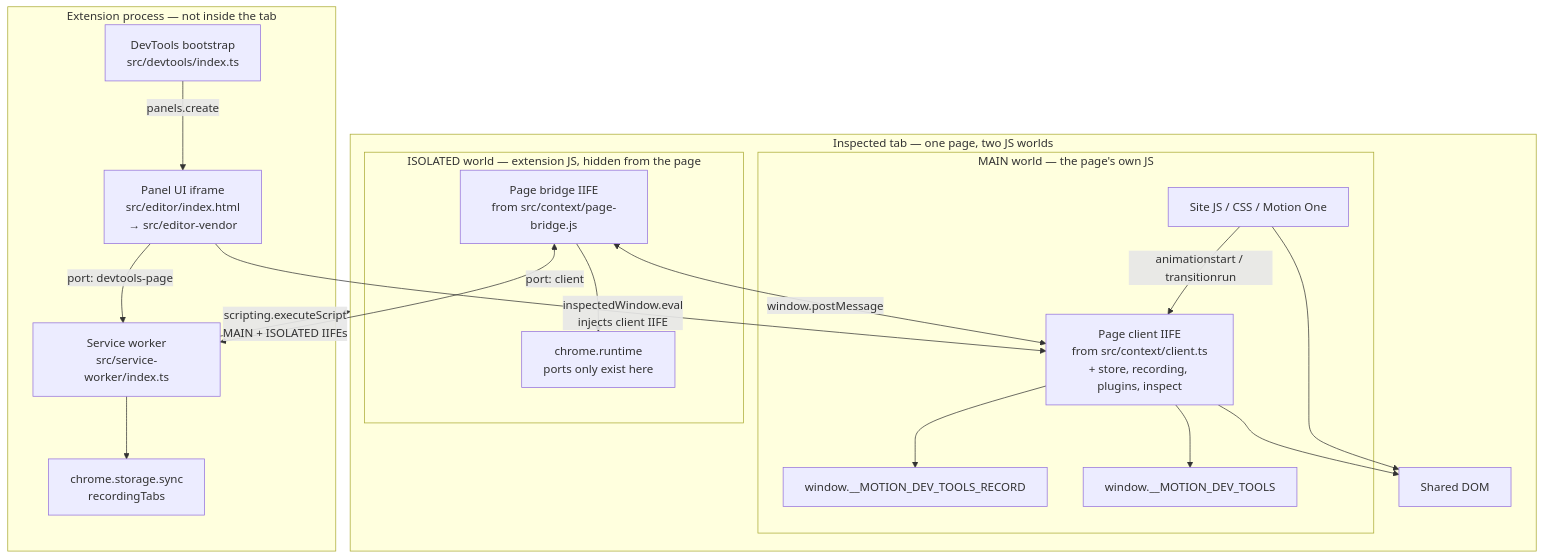
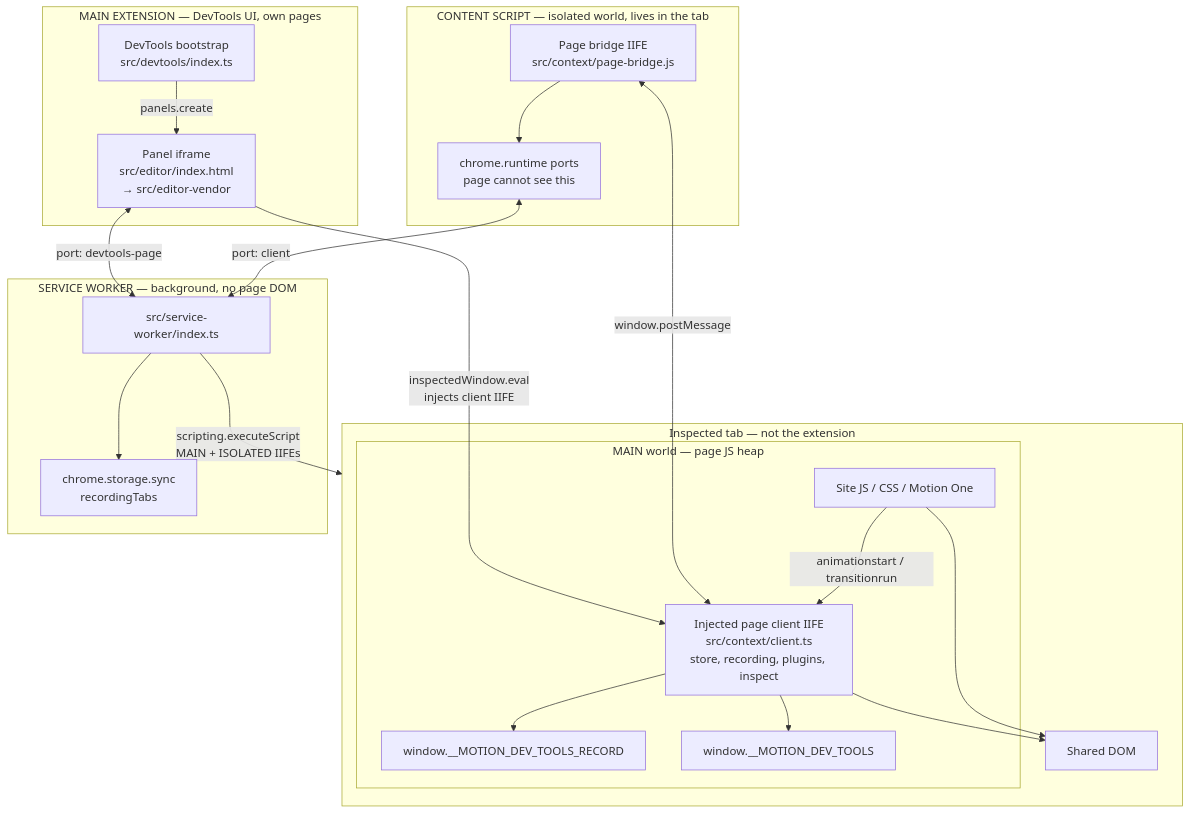
One commit to maxzz/transitions-chrome changed the first of 3 diagrams in assets/docs/2026.09.12.26, 2, extension_worlds.md. Above: the diagram before and after it, drawn with Mermaid. The commit also changed other lines of this file, not shown here.

Commit message:
WIP. animation-detection-failed. 4. add diagrams. 2

````diff
--- a/assets/docs/2026.09.12.26, 2, extension_worlds.md
+++ b/assets/docs/2026.09.12.26, 2, extension_worlds.md
@@ -7,39 +9,41 @@
 ```mermaid
 flowchart TB
-  subgraph InspectedTab["Inspected tab — one page, two JS worlds"]
-    subgraph MainWorld["MAIN world — the page's own JS"]
+  subgraph InspectedTab["Inspected tab — not the extension"]
+    subgraph MainWorld["MAIN world — page JS heap"]
       SiteJS["Site JS / CSS / Motion One"]
-      Client["Page client IIFE<br/>from src/context/client.ts<br/>+ store, recording, plugins, inspect"]
+      Client["Injected page client IIFE<br/>src/context/client.ts<br/>store, recording, plugins, inspect"]
       Hook["window.__MOTION_DEV_TOOLS_RECORD"]
       Flags["window.__MOTION_DEV_TOOLS"]
       SiteJS -->|"animationstart / transitionrun"| Client
       Client --> Hook
       Client --> Flags
     end
-
-    subgraph IsolatedWorld["ISOLATED world — extension JS, hidden from the page"]
-      Bridge["Page bridge IIFE<br/>from src/context/page-bridge.js"]
-      ChromeAPI["chrome.runtime<br/>ports only exist here"]
-      Bridge --> ChromeAPI
-    end
-
     DOM["Shared DOM"]
     SiteJS --> DOM
     Client --> DOM
   end
 
-  subgraph ExtProcess["Extension process — not inside the tab"]
-    SW["Service worker<br/>src/service-worker/index.ts"]
-    DT["DevTools bootstrap<br/>src/devtools/index.ts"]
-    Editor["Panel UI iframe<br/>src/editor/index.html<br/>→ src/editor-vendor"]
+  subgraph ContentScript["CONTENT SCRIPT — isolated world, lives in the tab"]
+    Bridge["Page bridge IIFE<br/>src/context/page-bridge.js"]
+    IsolatedChrome["chrome.runtime ports<br/>page cannot see this"]
+    Bridge --> IsolatedChrome
+  end
+
+  subgraph ServiceWorker["SERVICE WORKER — background, no page DOM"]
+    SW["src/service-worker/index.ts"]
     Storage["chrome.storage.sync<br/>recordingTabs"]
-    DT -->|"panels.create"| Editor
-    Editor -->|"port: devtools-page"| SW
     SW --> Storage
   end
 
+  subgraph MainExtension["MAIN EXTENSION — DevTools UI, own pages"]
+    DT["DevTools bootstrap<br/>src/devtools/index.ts"]
+    Editor["Panel iframe<br/>src/editor/index.html<br/>→ src/editor-vendor"]
+    DT -->|"panels.create"| Editor
+  end
+
   Bridge <-->|"window.postMessage"| Client
-  Bridge <-->|"port: client"| SW
+  IsolatedChrome <-->|"port: client"| SW
+  Editor <-->|"port: devtools-page"| SW
   Editor -->|"inspectedWindow.eval<br/>injects client IIFE"| Client
   SW -->|"scripting.executeScript<br/>MAIN + ISOLATED IIFEs"| InspectedTab
 ```
````
